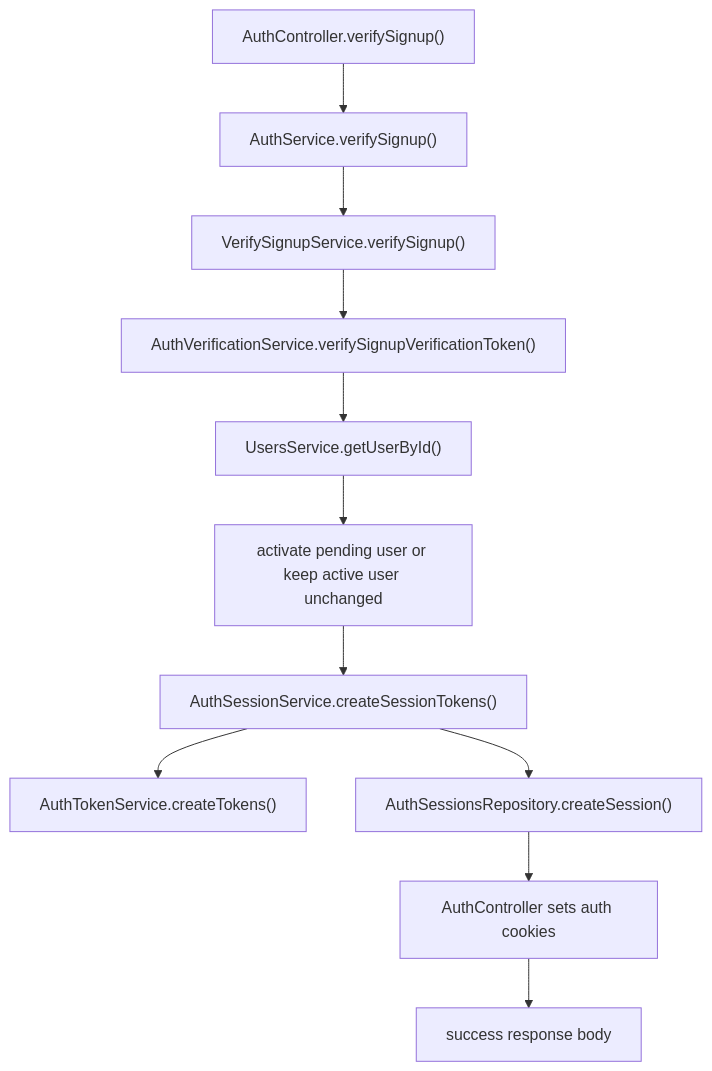
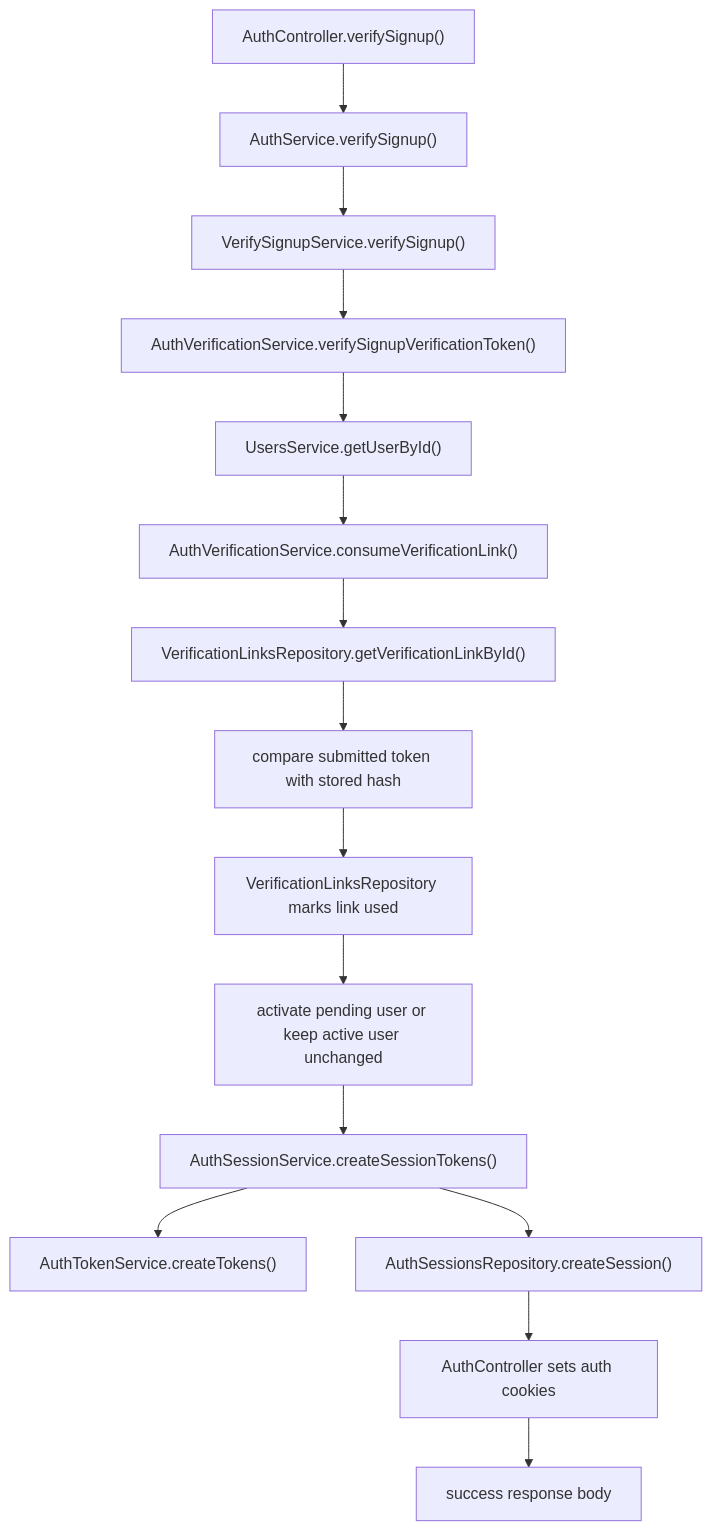
Before and after one commit to KaterynaKocheharova/Practice-app: the third of 7 diagrams in back/docs/auth/signup-flow.md, drawn with Mermaid. The commit also changed other lines of this file and 1 other file, not shown here.

Commit message:
Add verification links docs

````diff
--- a/back/docs/auth/signup-flow.md
+++ b/back/docs/auth/signup-flow.md
@@ -155,13 +162,17 @@
 ```mermaid
 flowchart TD
   Controller["AuthController.verifySignup()"] --> AuthService["AuthService.verifySignup()"]
   AuthService --> VerifyService["VerifySignupService.verifySignup()"]
   VerifyService --> TokenVerify["AuthVerificationService.verifySignupVerificationToken()"]
   TokenVerify --> UserLookup["UsersService.getUserById()"]
-  UserLookup --> Activate["activate pending user or keep active user unchanged"]
+  UserLookup --> LinkCheck["AuthVerificationService.consumeVerificationLink()"]
+  LinkCheck --> LinkLookup["VerificationLinksRepository.getVerificationLinkById()"]
+  LinkLookup --> HashCompare["compare submitted token with stored hash"]
+  HashCompare --> Consume["VerificationLinksRepository marks link used"]
+  Consume --> Activate["activate pending user or keep active user unchanged"]
   Activate --> SessionTokens["AuthSessionService.createSessionTokens()"]
   SessionTokens --> Tokens["AuthTokenService.createTokens()"]
   SessionTokens --> Session["AuthSessionsRepository.createSession()"]
   Session --> Cookies["AuthController sets auth cookies"]
   Cookies --> Response["success response body"]
 ```
````
